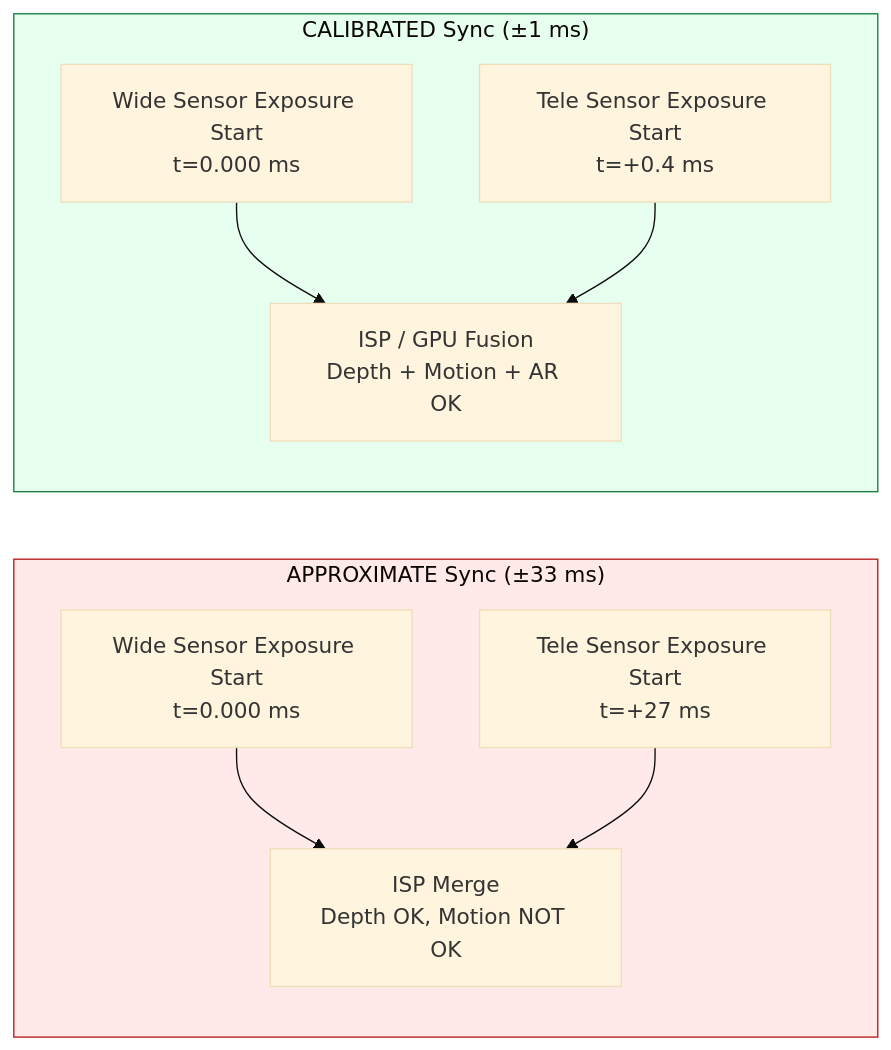
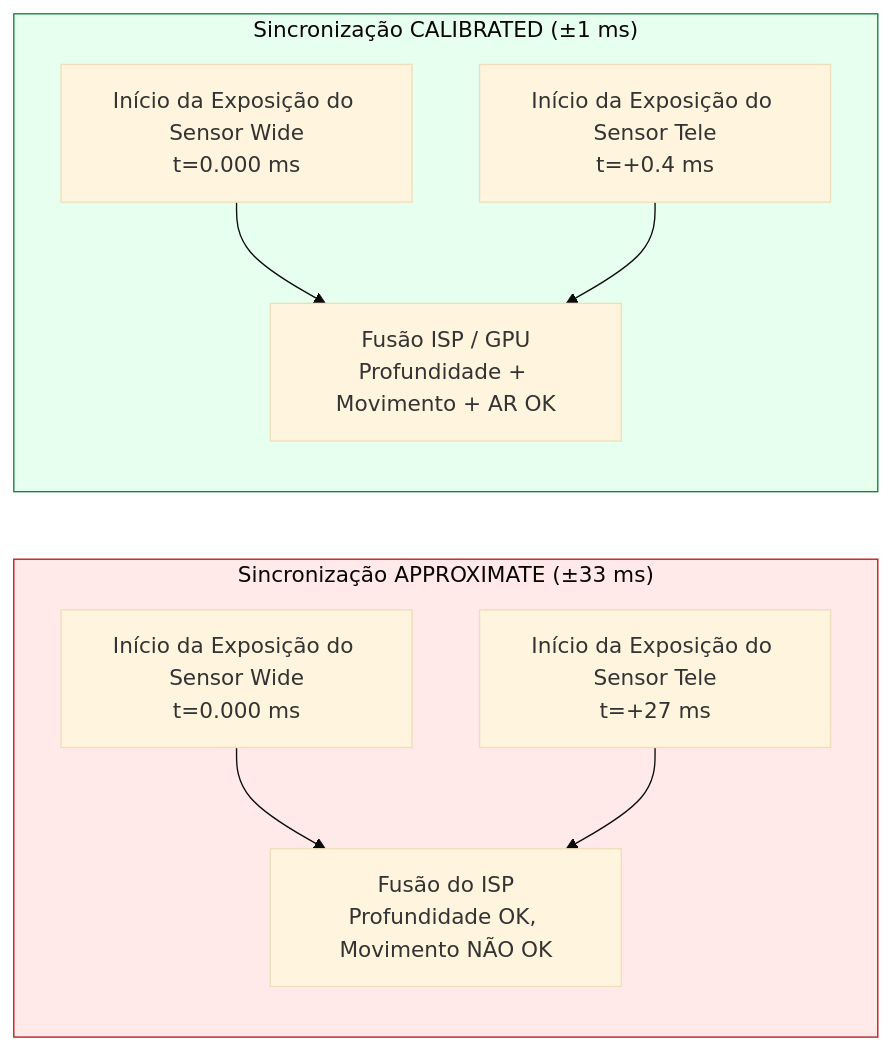
The second of 3 diagrams in website/i18n/pt-BR/docusaurus-plugin-content-docs/current/camera2/multi-camera.md (zoozooll/AndroidCameraParameters), drawn with Mermaid (base theme) before and after one commit. The commit also changed other lines of this file and 378 other files, not shown here.

````diff
--- a/website/i18n/pt-BR/docusaurus-plugin-content-docs/current/camera2/multi-camera.md
+++ b/website/i18n/pt-BR/docusaurus-plugin-content-docs/current/camera2/multi-camera.md
@@ -69,14 +69,14 @@
 ```mermaid
 flowchart LR
-    subgraph APPROX["APPROXIMATE Sync (±33 ms)"]
-        A1[Wide Sensor Exposure Start\nt=0.000 ms] --> A2[ISP Merge\nDepth OK, Motion NOT OK]
-        A3[Tele Sensor Exposure Start\nt=+27 ms] --> A2
+    subgraph APPROX["Sincronização APPROXIMATE (±33 ms)"]
+        A1[Início da Exposição do Sensor Wide<br/>t=0.000 ms] --> A2[Fusão do ISP<br/>Profundidade OK, Movimento NÃO OK]
+        A3[Início da Exposição do Sensor Tele<br/>t=+27 ms] --> A2
     end
-    subgraph CALIB["CALIBRATED Sync (±1 ms)"]
-        C1[Wide Sensor Exposure Start\nt=0.000 ms] --> C2[ISP / GPU Fusion\nDepth + Motion + AR OK]
-        C3[Tele Sensor Exposure Start\nt=+0.4 ms] --> C2
+    subgraph CALIB["Sincronização CALIBRATED (±1 ms)"]
+        C1[Início da Exposição do Sensor Wide<br/>t=0.000 ms] --> C2[Fusão ISP / GPU<br/>Profundidade + Movimento + AR OK]
+        C3[Início da Exposição do Sensor Tele<br/>t=+0.4 ms] --> C2
     end
 
     style APPROX fill:#ffe9e9,stroke:#b91c1c
     style CALIB fill:#e6ffef,stroke:#15803d
 ```
````
